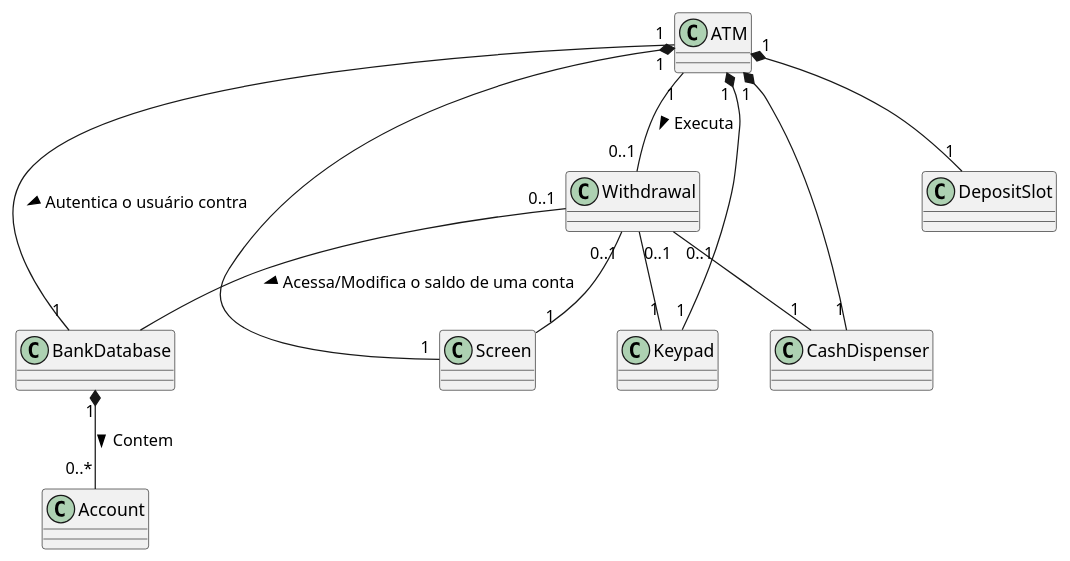
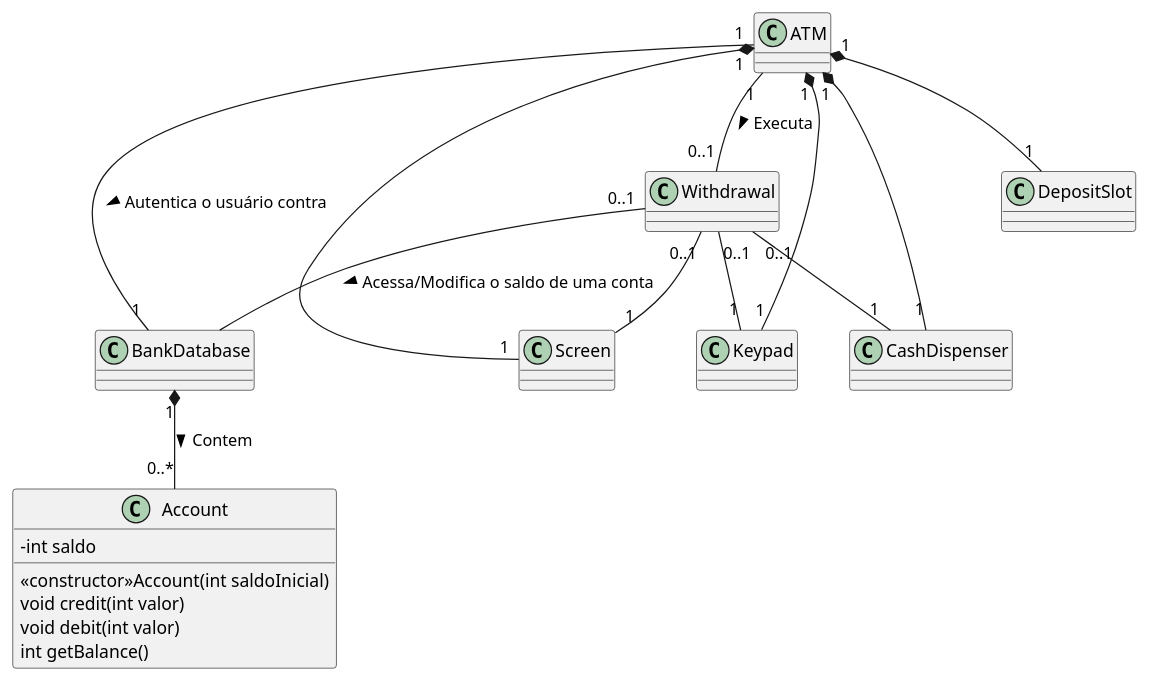
The diagram in c++/Deitel/atm/fig03-23.puml (marcuswlima/learning), drawn with PlantUML before and after one commit. The commit also changed 5 other files, not shown here.

```diff
--- a/c++/Deitel/atm/fig03-23.puml
+++ b/c++/Deitel/atm/fig03-23.puml
@@ -1,49 +1,54 @@
 @startuml
 skinparam classAttributeIconSize 0
 
 class Account{
+    - int saldo
+    <<constructor >>Account(int saldoInicial)
+    void credit(int valor)
+    void debit(int valor)
+    int getBalance()
 
 }
 
 class BankDatabase{
 
 }
 
 class Screen {
 }
 
 class Keypad{
 
 }
 
 class CashDispenser{
 
 }
 
 class Withdrawal{
 }
 
 class DepositSlot{
 
 }
 
 class ATM {
 }
 
 
 
 ATM "1" *-- "1" DepositSlot
 ATM "1" *-- "1" Keypad
 ATM "1" *-- "1" CashDispenser
 ATM "1" *-- "1" Screen
 ATM "1" -- "0..1" Withdrawal : Executa >
 ATM "1" -- "1" BankDatabase : Autentica o usuário contra >
 BankDatabase "1" *-- "0..*" Account : Contem > 
 Withdrawal "0..1" -- BankDatabase: Acessa/Modifica o saldo de uma conta >
 Withdrawal "0..1" -- "1" Screen
 Withdrawal "0..1" -- "1" CashDispenser
 Withdrawal "0..1" -- "1" Keypad
 
 
 
 @enduml
```
